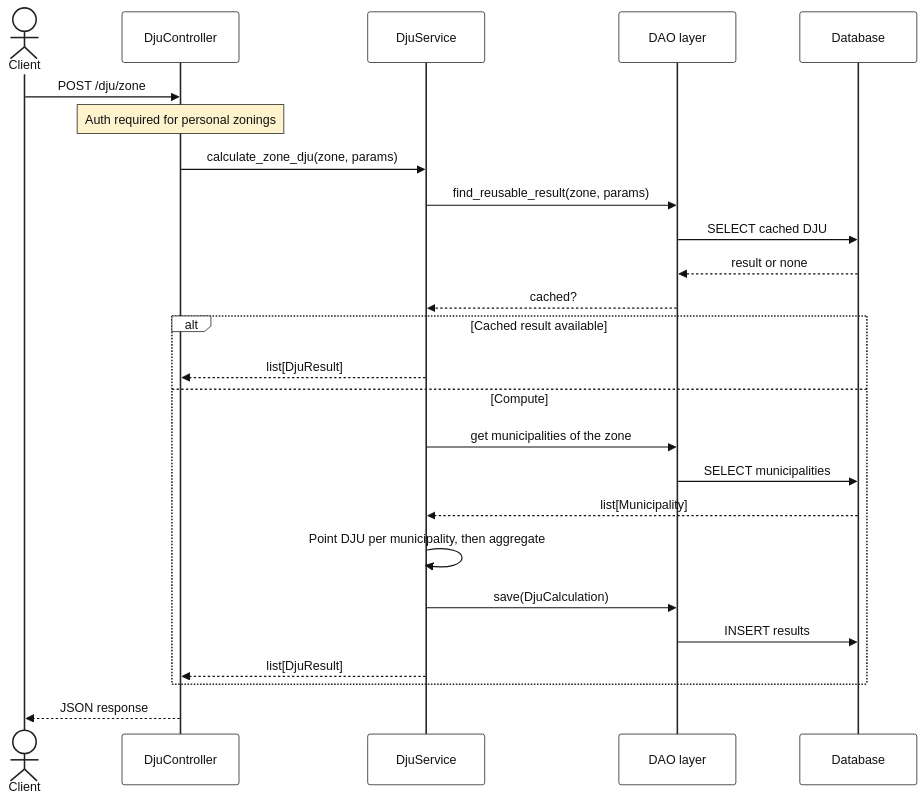
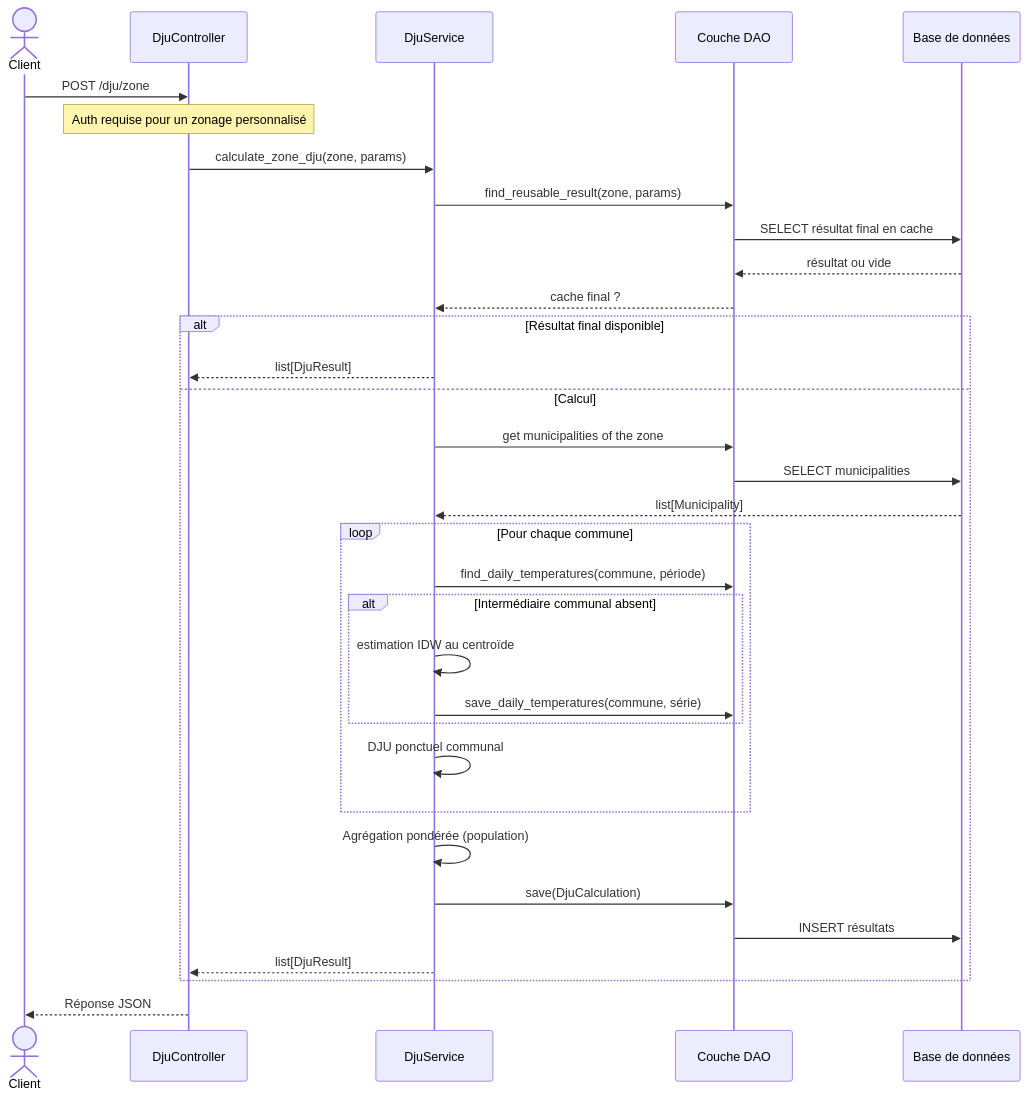
Before and after one commit to gabriel-dahan/ensai-it-project-2a-team12: the fourth of 8 diagrams in doc/sequence_diagram.md, drawn with Mermaid. The commit also changed other lines of this file and 29 other files, not shown here.

Commit message:
New diagrams & reporr

````diff
--- a/doc/sequence_diagram.md
+++ b/doc/sequence_diagram.md
@@ -212,65 +118,41 @@
 ```mermaid
-%%{
-  init: {
-    "theme": "base",
-    "themeVariables": {
-      "background": "#ffffff",
-      "mainBkg": "#ffffff",
-      "textColor": "#111111",
-      "primaryColor": "#ffffff",
-      "primaryTextColor": "#111111",
-      "primaryBorderColor": "#222222",
-      "secondaryColor": "#f3f4f6",
-      "tertiaryColor": "#ffffff",
-      "lineColor": "#222222",
-      "actorBkg": "#ffffff",
-      "actorBorder": "#222222",
-      "actorTextColor": "#111111",
-      "actorLineColor": "#222222",
-      "signalColor": "#111111",
-      "signalTextColor": "#111111",
-      "labelBoxBkgColor": "#ffffff",
-      "labelBoxBorderColor": "#222222",
-      "labelTextColor": "#111111",
-      "loopTextColor": "#111111",
-      "noteBkgColor": "#fff3cd",
-      "noteTextColor": "#111111",
-      "noteBorderColor": "#222222",
-      "activationBkgColor": "#e5e7eb",
-      "activationBorderColor": "#222222",
-      "sequenceNumberColor": "#ffffff",
-      "fontFamily": "arial",
-      "fontSize": "16px"
-    }
-  }
-}%%
 sequenceDiagram
     actor Client
     participant Controller as DjuController
     participant Service as DjuService
-    participant DAO as DAO layer
-    participant DB as Database
+    participant DAO as Couche DAO
+    participant DB as Base de données
 
     Client->>Controller: POST /dju/zone
-    Note over Controller: Auth required for personal zonings
+    Note over Controller: Auth requise pour un zonage personnalisé
     Controller->>Service: calculate_zone_dju(zone, params)
 
     Service->>DAO: find_reusable_result(zone, params)
-    DAO->>DB: SELECT cached DJU
-    DB-->>DAO: result or none
-    DAO-->>Service: cached?
+    DAO->>DB: SELECT résultat final en cache
+    DB-->>DAO: résultat ou vide
+    DAO-->>Service: cache final ?
 
-    alt Cached result available
+    alt Résultat final disponible
         Service-->>Controller: list[DjuResult]
-    else Compute
+    else Calcul
         Service->>DAO: get municipalities of the zone
         DAO->>DB: SELECT municipalities
         DB-->>Service: list[Municipality]
-        Service->>Service: Point DJU per municipality, then aggregate
+
+        loop Pour chaque commune
+            Service->>DAO: find_daily_temperatures(commune, période)
+            alt Intermédiaire communal absent
+                Service->>Service: estimation IDW au centroïde
+                Service->>DAO: save_daily_temperatures(commune, série)
+            end
+            Service->>Service: DJU ponctuel communal
+        end
+
+        Service->>Service: Agrégation pondérée (population)
         Service->>DAO: save(DjuCalculation)
-        DAO->>DB: INSERT results
+        DAO->>DB: INSERT résultats
         Service-->>Controller: list[DjuResult]
     end
 
-    Controller-->>Client: JSON response
+    Controller-->>Client: Réponse JSON
 ```
````
